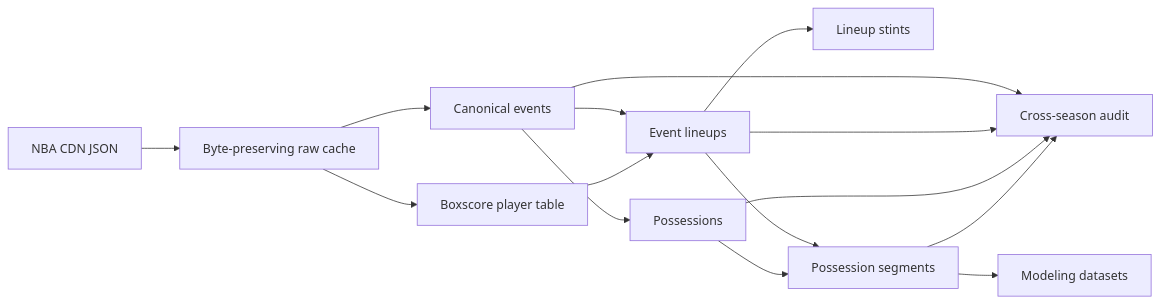
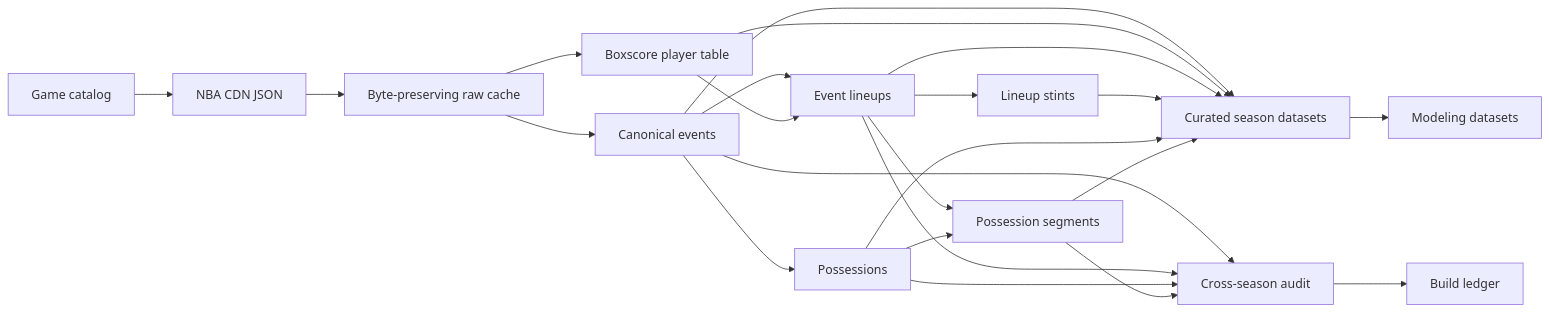
The diagram in docs/architecture/data-flow.md (EvanZ/nba-lineup-model), drawn with Mermaid before and after one commit. The commit also changed other lines of this file and 15 other files, not shown here.

Commit message:
Add season catalog and curated storage contracts

````diff
--- a/docs/architecture/data-flow.md
+++ b/docs/architecture/data-flow.md
@@ -3,17 +3,25 @@
 ```mermaid
 flowchart LR
+    CAT["Game catalog"] --> CDN["NBA CDN JSON"]
     CDN["NBA CDN JSON"] --> RAW["Byte-preserving raw cache"]
     RAW --> EVT["Canonical events"]
     RAW --> BOX["Boxscore player table"]
     EVT --> LUP["Event lineups"]
     BOX --> LUP
     LUP --> STINT["Lineup stints"]
     EVT --> POSS["Possessions"]
     LUP --> SEG["Possession segments"]
     POSS --> SEG
     EVT --> AUDIT["Cross-season audit"]
     LUP --> AUDIT
     POSS --> AUDIT
     SEG --> AUDIT
-    SEG --> MODEL["Modeling datasets"]
+    EVT --> CURATED["Curated season datasets"]
+    BOX --> CURATED
+    LUP --> CURATED
+    STINT --> CURATED
+    POSS --> CURATED
+    SEG --> CURATED
+    CURATED --> MODEL["Modeling datasets"]
+    AUDIT --> LEDGER["Build ledger"]
 ```
````
